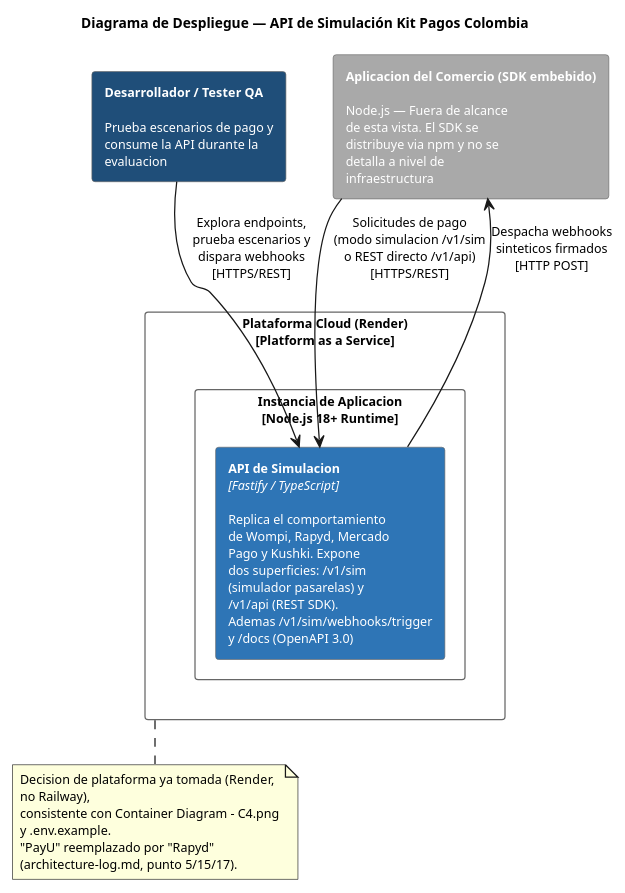
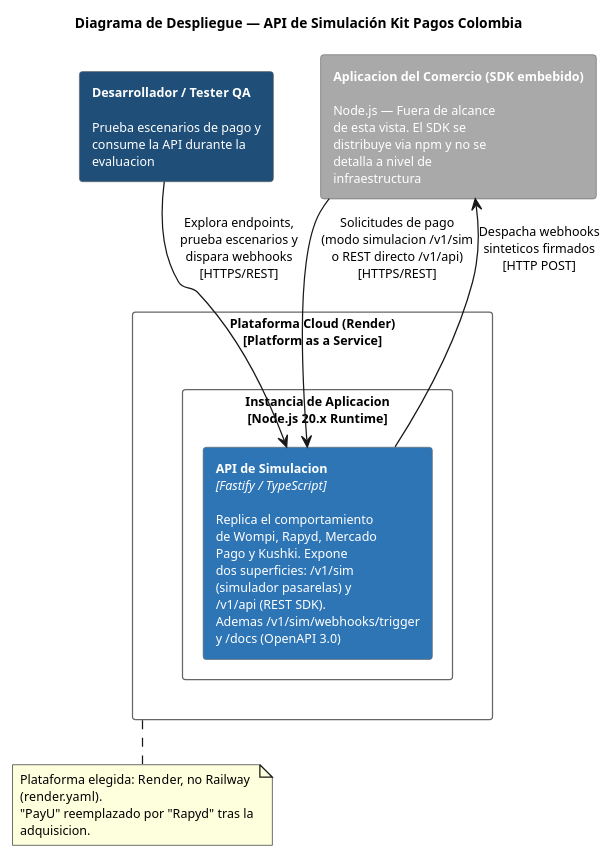
The diagram in docs/architecture/Simulador API/diagrams-source/deploy-diagram.puml (PurosBrothers/Kit-Pagos-Colombia---Tesis), drawn with PlantUML before and after one commit. The commit also changed 36 other files, not shown here.

```diff
--- a/docs/architecture/Simulador API/diagrams-source/deploy-diagram.puml
+++ b/docs/architecture/Simulador API/diagrams-source/deploy-diagram.puml
@@ -1,38 +1,37 @@
 @startuml Deploy Diagram - Simulador API
 title Diagrama de Despliegue — API de Simulación Kit Pagos Colombia
 skinparam backgroundColor white
 skinparam defaultFontName Helvetica
 skinparam defaultFontSize 10
 skinparam titleFontSize 11
 skinparam rectangleFontSize 10
 skinparam ArrowFontSize 10
 skinparam NoteFontSize 10
 skinparam wrapWidth 210
 skinparam nodesep 12
 skinparam ranksep 22
 skinparam rectangle {
   BorderColor #666666
   ArrowColor #666666
   FontColor white
 }
 
 rectangle "**Desarrollador / Tester QA**\n\nPrueba escenarios de pago y\nconsume la API durante la\nevaluacion" as Dev #1F4E79
 rectangle "**Aplicacion del Comercio (SDK embebido)**\n\nNode.js — Fuera de alcance\nde esta vista. El SDK se\ndistribuye via npm y no se\ndetalla a nivel de\ninfraestructura" as Comercio #A9A9A9
 
 rectangle "Plataforma Cloud (Render)\n[Platform as a Service]" as Cloud #FFFFFF;text:black {
-  rectangle "Instancia de Aplicacion\n[Node.js 18+ Runtime]" as Instance #FFFFFF;text:black {
+  rectangle "Instancia de Aplicacion\n[Node.js 20.x Runtime]" as Instance #FFFFFF;text:black {
     rectangle "**API de Simulacion**\n<i>[Fastify / TypeScript]</i>\n\nReplica el comportamiento\nde Wompi, Rapyd, Mercado\nPago y Kushki. Expone\ndos superficies: /v1/sim\n(simulador pasarelas) y\n/v1/api (REST SDK).\nAdemas /v1/sim/webhooks/trigger\ny /docs (OpenAPI 3.0)" as API #2E75B6
   }
 }
 
 Dev --> API : Explora endpoints,\nprueba escenarios y\ndispara webhooks\n[HTTPS/REST]
 Comercio --> API : Solicitudes de pago\n(modo simulacion /v1/sim\no REST directo /v1/api)\n[HTTPS/REST]
 API --> Comercio : Despacha webhooks\nsinteticos firmados\n[HTTP POST]
 
 note bottom of Cloud
-  Decision de plataforma ya tomada (Render, no Railway),
-  consistente con Container Diagram - C4.png y .env.example.
-  "PayU" reemplazado por "Rapyd" (architecture-log.md, punto 5/15/17).
+  Plataforma elegida: Render, no Railway (render.yaml).
+  "PayU" reemplazado por "Rapyd" tras la adquisicion.
 end note
 
 @enduml
```
